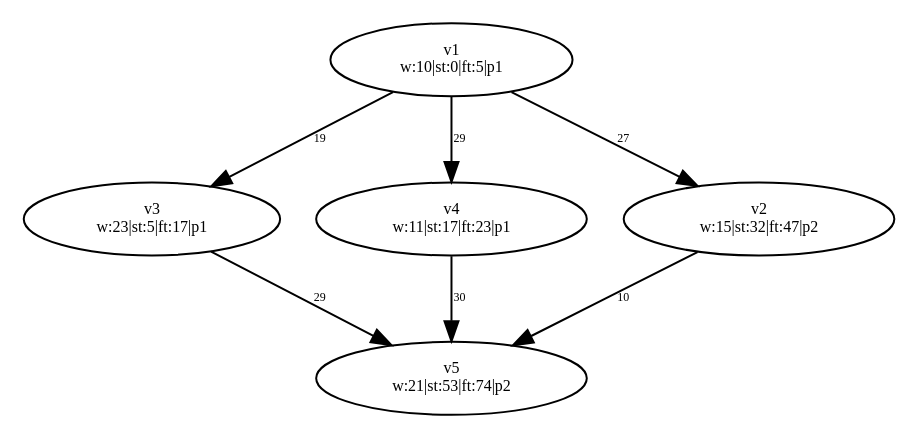
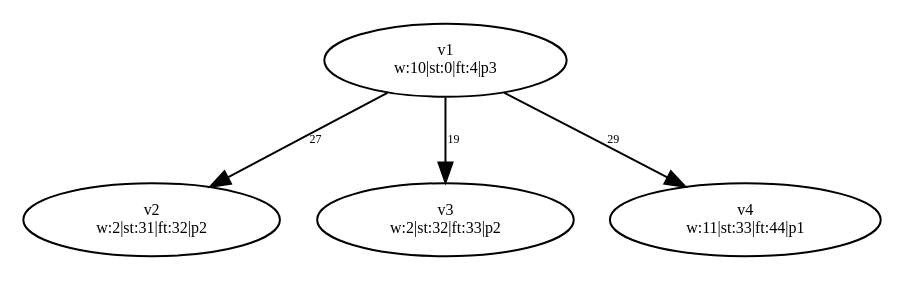
Before and after one commit to dexters1/Task-Scheduling-Based-on-Genetic-Algorithms: the diagram in PythonApplication1/PythonApplication1/test-output/testingProccesingFunction.gv, drawn with Graphviz. The commit also changed 51 other files, not shown here.

```diff
--- a/PythonApplication1/PythonApplication1/test-output/testingProccesingFunction.gv
+++ b/PythonApplication1/PythonApplication1/test-output/testingProccesingFunction.gv
@@ -1,18 +1,13 @@
 digraph {
 	v1 [label="v1
-w:10|st:0|ft:5|p1" fontsize=8.0]
+w:10|st:0|ft:4|p3" fontsize=8.0]
+	v2 [label="v2
+w:2|st:31|ft:32|p2" fontsize=8.0]
 	v3 [label="v3
-w:23|st:5|ft:17|p1" fontsize=8.0]
+w:2|st:32|ft:33|p2" fontsize=8.0]
 	v4 [label="v4
-w:11|st:17|ft:23|p1" fontsize=8.0]
-	v2 [label="v2
-w:15|st:32|ft:47|p2" fontsize=8.0]
-	v5 [label="v5
-w:21|st:53|ft:74|p2" fontsize=8.0]
+w:11|st:33|ft:44|p1" fontsize=8.0]
 	v1 -> v2 [label=27 constraint=true fontsize=6.0]
 	v1 -> v3 [label=19 constraint=true fontsize=6.0]
 	v1 -> v4 [label=29 constraint=true fontsize=6.0]
-	v2 -> v5 [label=10 constraint=true fontsize=6.0]
-	v3 -> v5 [label=29 constraint=true fontsize=6.0]
-	v4 -> v5 [label=30 constraint=true fontsize=6.0]
 }
```
